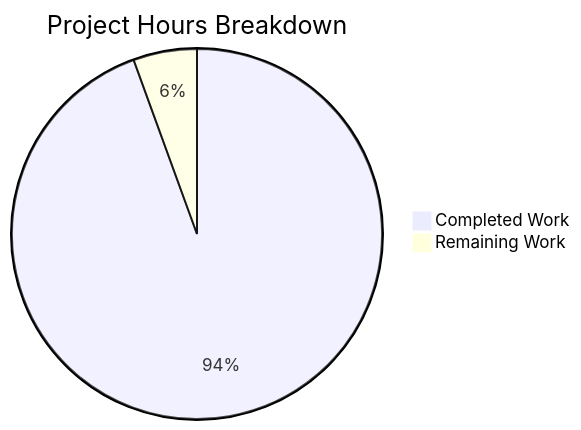
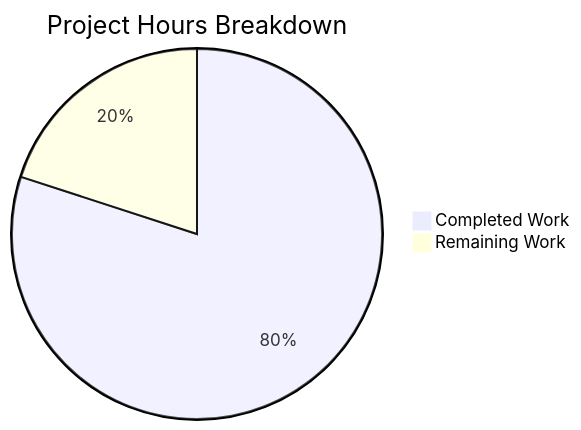
The diagram in blitzy/documentation/Project Guide.md (hardik-blitzy/react-weather-app), drawn with Mermaid before and after one commit. The commit also changed other lines of this file, not shown here.

Commit message:
Adding Blitzy Project Guide: Project Status and Human Tasks Remaining

````diff
--- a/blitzy/documentation/Project Guide.md
+++ b/blitzy/documentation/Project Guide.md
@@ -92,5 +34,5 @@
 ```mermaid
 pie title Project Hours Breakdown
-    "Completed Work" : 17
-    "Remaining Work" : 1
+    "Completed Work" : 12
+    "Remaining Work" : 3
 ```
````
